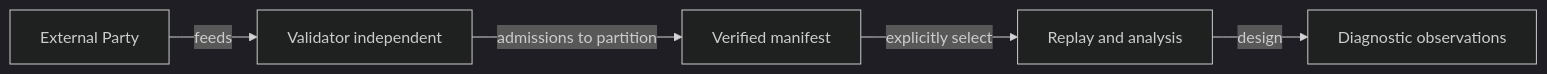
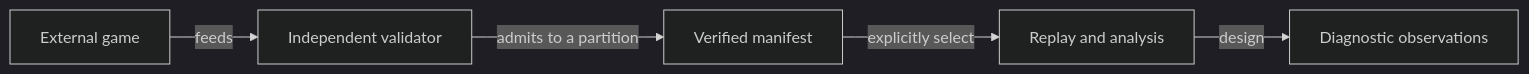
One commit to crististefanita/atf_j4 changed the diagram in docs/learning/ATF_Corpus.md. Above: the diagram before and after it, drawn with Mermaid (dark theme). The commit also changed other lines of this file and 126 other files, not shown here.

````diff
--- a/docs/learning/ATF_Corpus.md
+++ b/docs/learning/ATF_Corpus.md
@@ -17,7 +17,7 @@
 ```mermaid
 flowchart LR
-    FILE[External Party] -->|feeds| ORACLE[Validator independent]
-    ORACLE -->|admissions to partition| MANIFEST[Verified manifest]
+    FILE[External game] -->|feeds| ORACLE[Independent validator]
+    ORACLE -->|admits to a partition| MANIFEST[Verified manifest]
     MANIFEST -->|explicitly select| REPLAY[Replay and analysis]
     REPLAY -->|design| OBS[Diagnostic observations]
 ```
````
